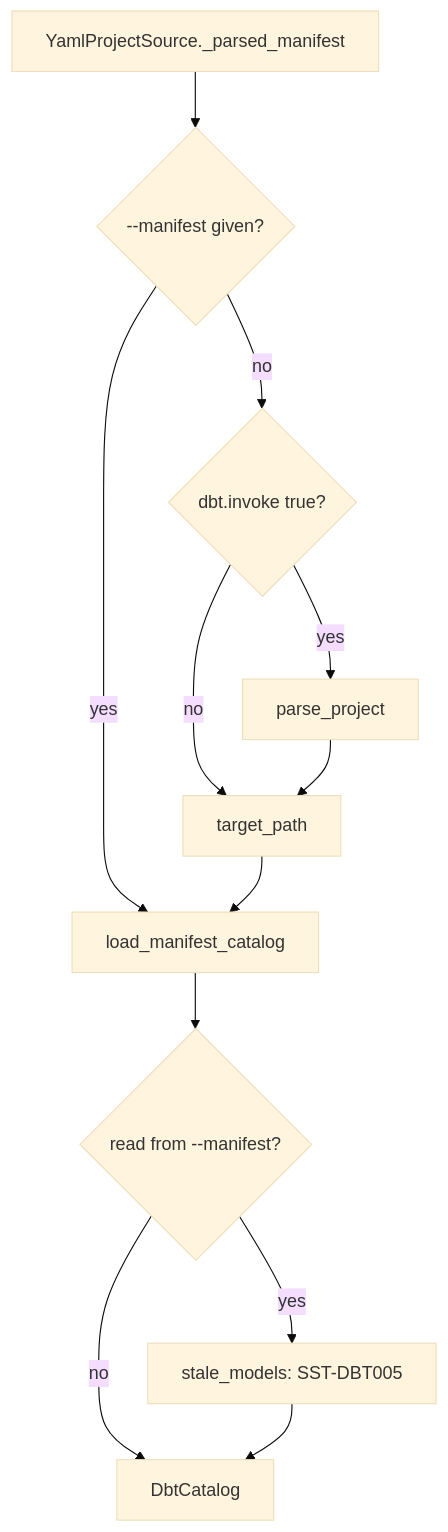
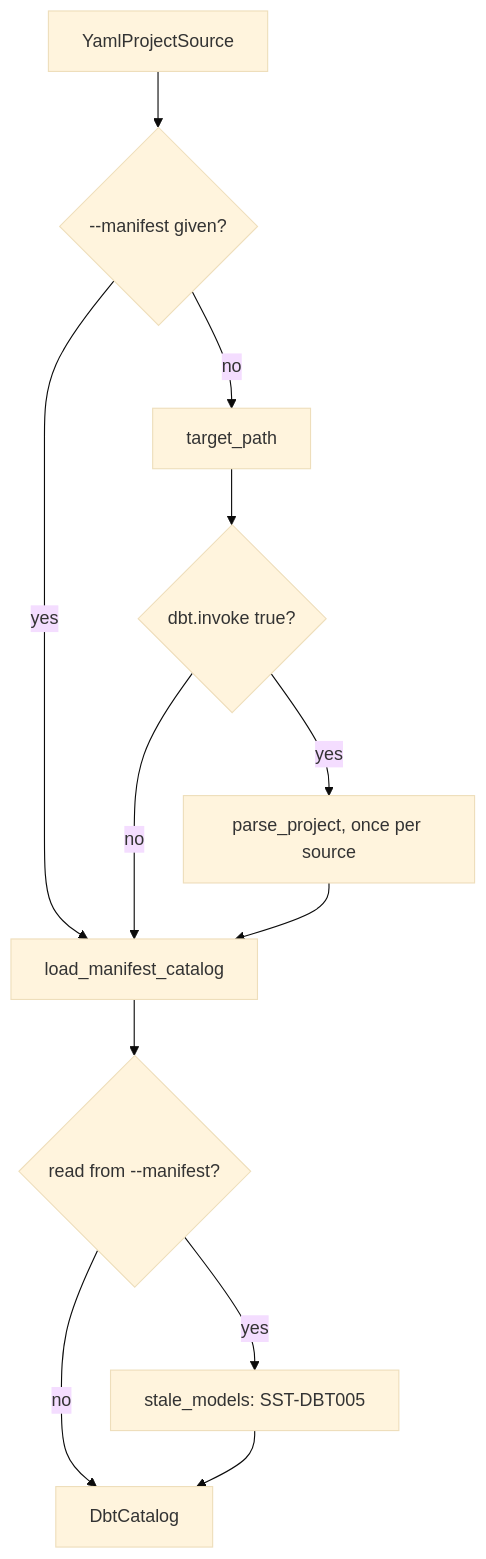
One commit to WhoopInc/snowflake-semantic-tools changed the first of 3 diagrams in docs/design/dbt-compatibility.md. Above: the diagram before and after it, drawn with Mermaid (base theme). The commit also changed other lines of this file and 11 other files, not shown here.

````diff
--- a/docs/design/dbt-compatibility.md
+++ b/docs/design/dbt-compatibility.md
@@ -32,14 +32,14 @@
 ```mermaid
 flowchart TD
-    start["YamlProjectSource._parsed_manifest"] --> given{"--manifest given?"}
+    start["YamlProjectSource"] --> given{"--manifest given?"}
     given -- yes --> read["load_manifest_catalog"]
-    given -- no --> invoke{"dbt.invoke true?"}
-    invoke -- no --> path["target_path"]
-    invoke -- yes --> parse["parse_project"]
-    parse --> path
-    path --> read
+    given -- no --> path["target_path"]
+    path --> invoke{"dbt.invoke true?"}
+    invoke -- no --> read
+    invoke -- yes --> parse["parse_project, once per source"]
+    parse --> read
     read --> stale{"read from --manifest?"}
     stale -- yes --> check["stale_models: SST-DBT005"]
     stale -- no --> done["DbtCatalog"]
     check --> done
 ```
````
